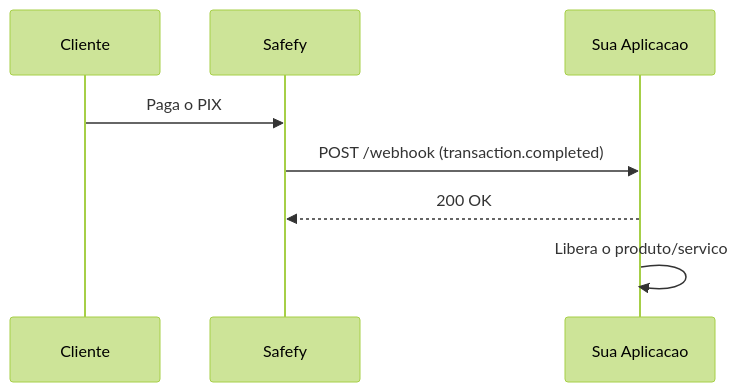
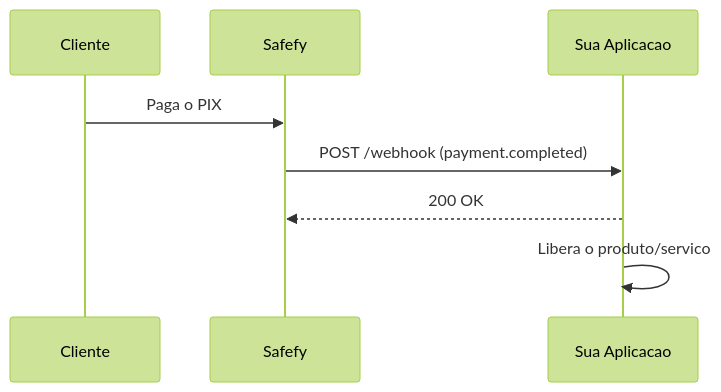
The first of 2 diagrams in webhooks.mdx (Safefy-Pay/docs), drawn with Mermaid (forest theme) before and after one commit. The commit also changed other lines of this file and 5 other files, not shown here.

````diff
--- a/webhooks.mdx
+++ b/webhooks.mdx
@@ -12,11 +12,11 @@
 ```mermaid
 sequenceDiagram
     participant Cliente as Cliente
     participant Safefy as Safefy
     participant App as Sua Aplicacao
     
     Cliente->>Safefy: Paga o PIX
-    Safefy->>App: POST /webhook (transaction.completed)
+    Safefy->>App: POST /webhook (payment.completed)
     App-->>Safefy: 200 OK
     App->>App: Libera o produto/servico
 ```
````
